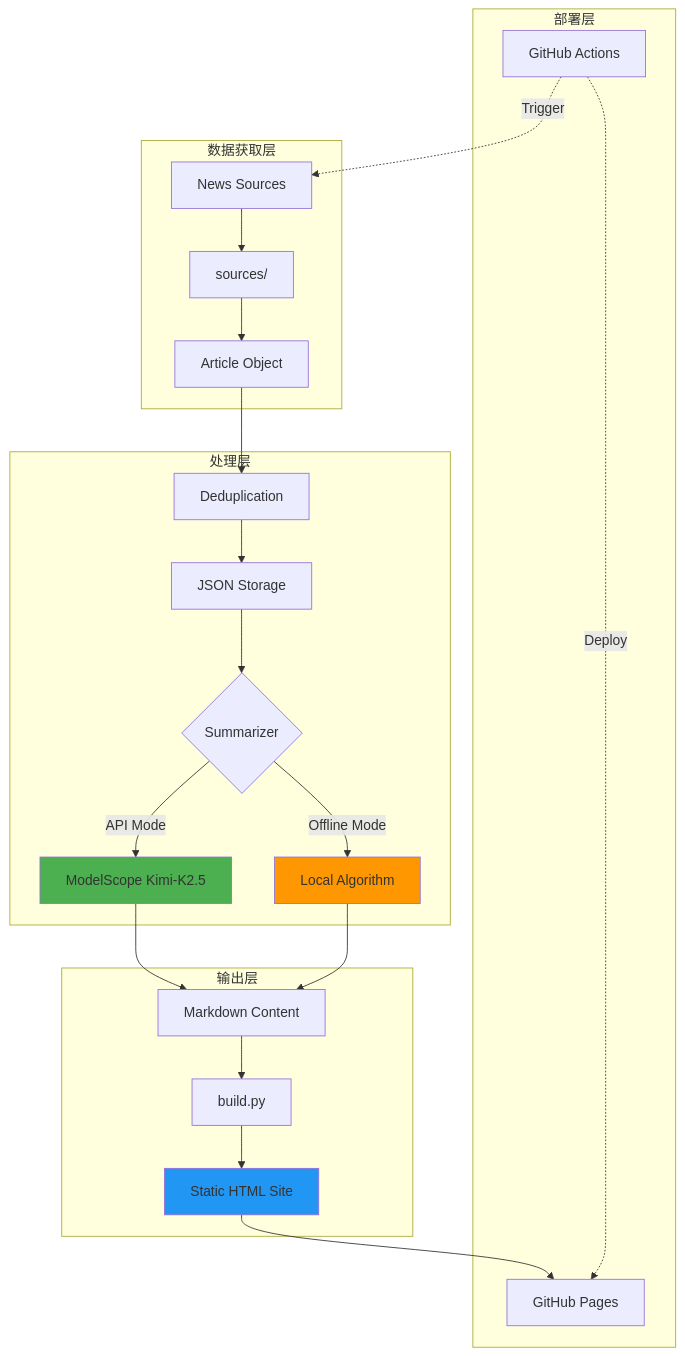
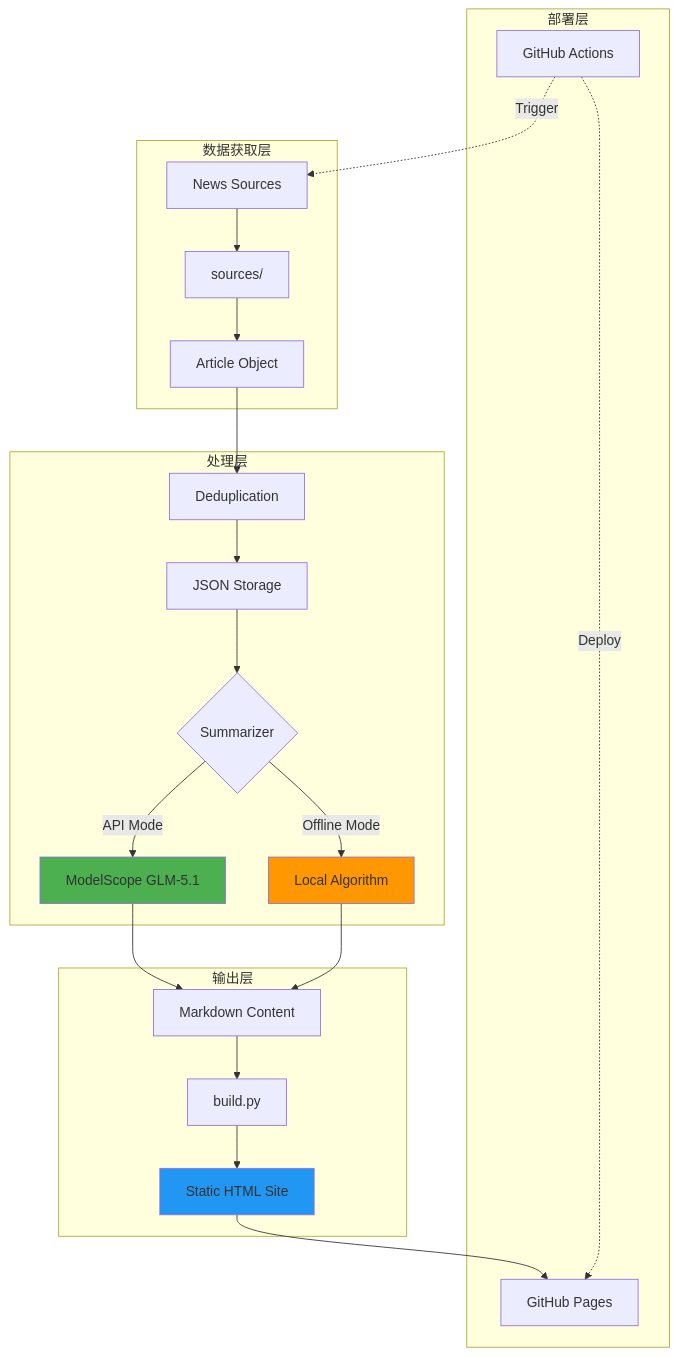
One commit to Carl-312/daily-report-site changed the first of 2 diagrams in ARCHITECTURE.md. Above: the diagram before and after it, drawn with Mermaid. The commit also changed other lines of this file and 4 other files, not shown here.

Commit message:
Document GLM 5.1 ModelScope primary model

````diff
--- a/ARCHITECTURE.md
+++ b/ARCHITECTURE.md
@@ -9,32 +9,32 @@
 ```mermaid
 graph TB
     subgraph "数据获取层"
         A[News Sources] --> B[sources/]
         B --> C[Article Object]
     end
     
     subgraph "处理层"
         C --> D[Deduplication]
         D --> E[JSON Storage]
         E --> F{Summarizer}
-        F -->|API Mode| G[ModelScope Kimi-K2.5]
+        F -->|API Mode| G[ModelScope GLM-5.1]
         F -->|Offline Mode| H[Local Algorithm]
     end
     
     subgraph "输出层"
         G --> I[Markdown Content]
         H --> I
         I --> J[build.py]
         J --> K[Static HTML Site]
     end
     
     subgraph "部署层"
         K --> L[GitHub Pages]
         M[GitHub Actions] -.->|Trigger| A
         M -.->|Deploy| L
     end
     
     style G fill:#4CAF50
     style H fill:#FF9800
     style K fill:#2196F3
 ```
````
